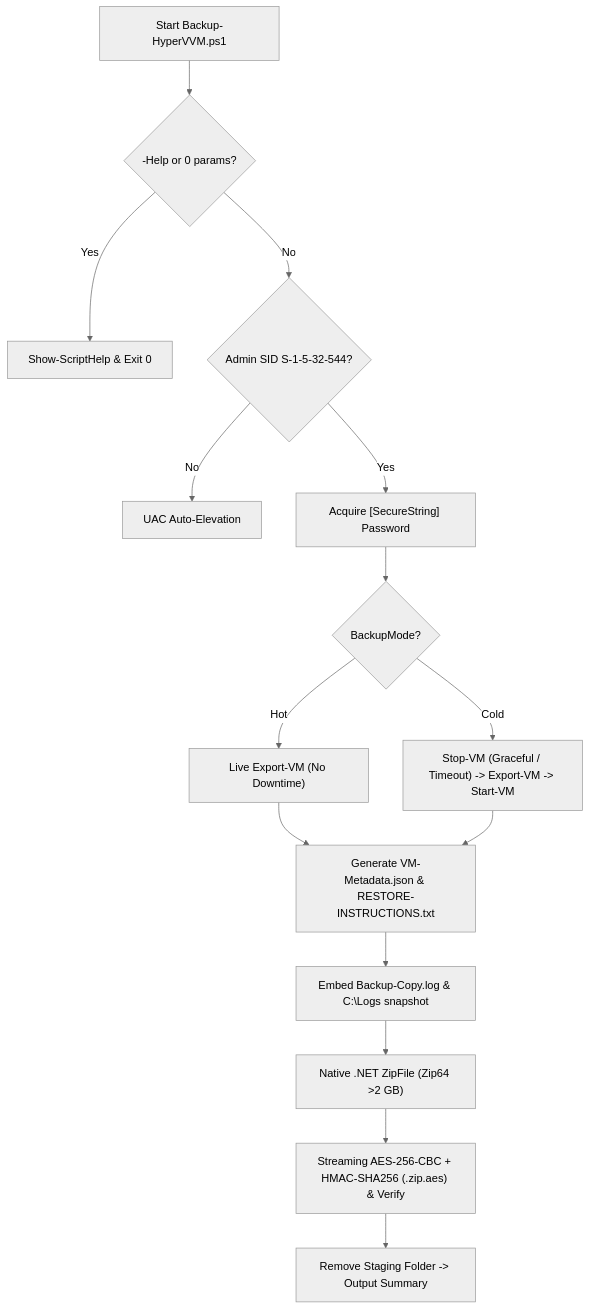
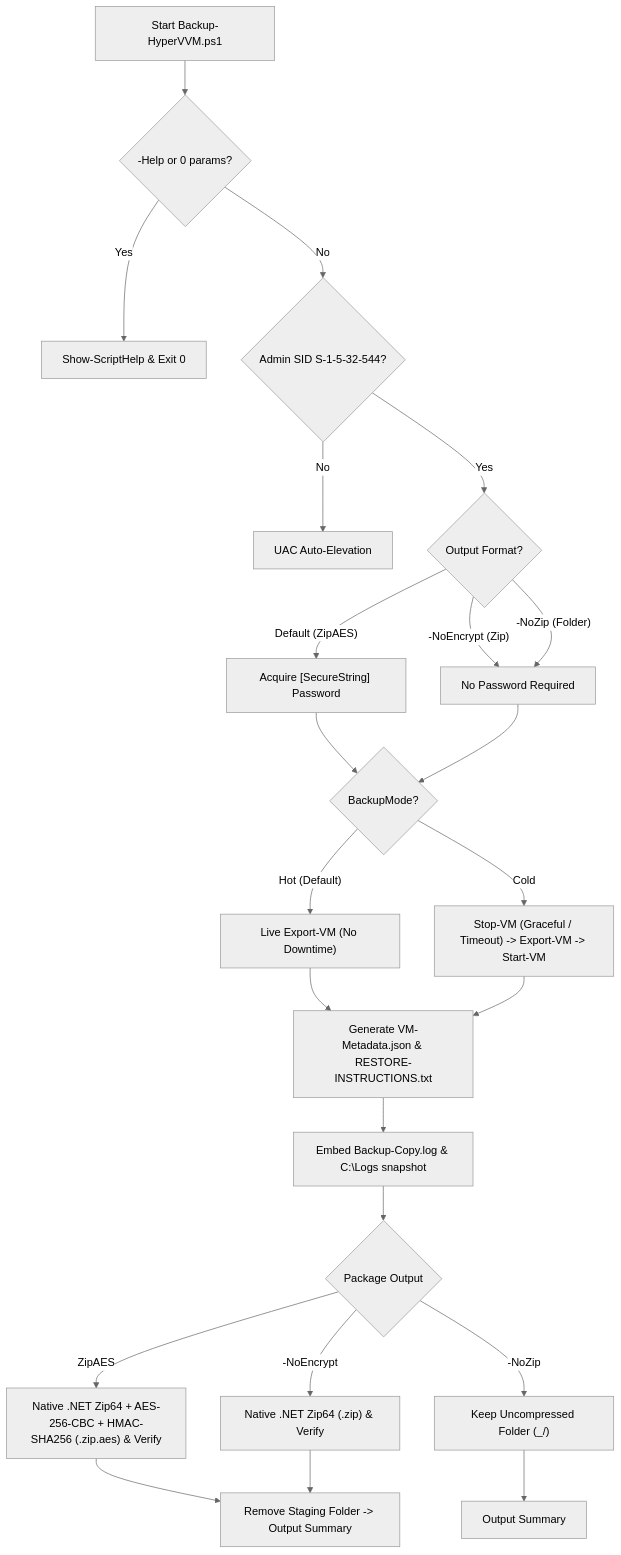
One commit to romanpindela/Windows-Server changed the diagram in Hyper-V/Backup-HyperVVM/README.md. Above: the diagram before and after it, drawn with Mermaid (neutral theme). The commit also changed other lines of this file and 1 other file, not shown here.

Commit message:
feat(Backup-HyperVVM): add -NoEncrypt and -NoZip options for passwordless backups

````diff
--- a/Hyper-V/Backup-HyperVVM/README.md
+++ b/Hyper-V/Backup-HyperVVM/README.md
@@ -20,17 +25,25 @@
 ```mermaid
 flowchart TD
     A["Start Backup-HyperVVM.ps1"] --> B{"-Help or 0 params?"}
     B -- Yes --> C["Show-ScriptHelp & Exit 0"]
     B -- No --> D{"Admin SID S-1-5-32-544?"}
     D -- No --> E["UAC Auto-Elevation"]
-    D -- Yes --> F["Acquire [SecureString] Password"]
-    F --> G{"BackupMode?"}
-    G -- Hot --> H["Live Export-VM (No Downtime)"]
-    G -- Cold --> I["Stop-VM (Graceful / Timeout) -> Export-VM -> Start-VM"]
+    D -- Yes --> F{"Output Format?"}
+    F -- "Default (ZipAES)" --> F1["Acquire [SecureString] Password"]
+    F -- "-NoEncrypt (Zip)" --> F2["No Password Required"]
+    F -- "-NoZip (Folder)" --> F2
+    F1 --> G{"BackupMode?"}
+    F2 --> G
+    G -- "Hot (Default)" --> H["Live Export-VM (No Downtime)"]
+    G -- "Cold" --> I["Stop-VM (Graceful / Timeout) -> Export-VM -> Start-VM"]
     H --> J["Generate VM-Metadata.json & RESTORE-INSTRUCTIONS.txt"]
     I --> J
     J --> K["Embed Backup-Copy.log & C:\Logs snapshot"]
-    K --> L["Native .NET ZipFile (Zip64 >2 GB)"]
-    L --> M["Streaming AES-256-CBC + HMAC-SHA256 (.zip.aes) & Verify"]
-    M --> N["Remove Staging Folder -> Output Summary"]
+    K --> L{"Package Output"}
+    L -- "ZipAES" --> M1["Native .NET Zip64 + AES-256-CBC + HMAC-SHA256 (.zip.aes) & Verify"]
+    L -- "-NoEncrypt" --> M2["Native .NET Zip64 (.zip) & Verify"]
+    L -- "-NoZip" --> M3["Keep Uncompressed Folder (<VMName>_<timestamp>/)"]
+    M1 --> N["Remove Staging Folder -> Output Summary"]
+    M2 --> N
+    M3 --> O["Output Summary"]
 ```
````
